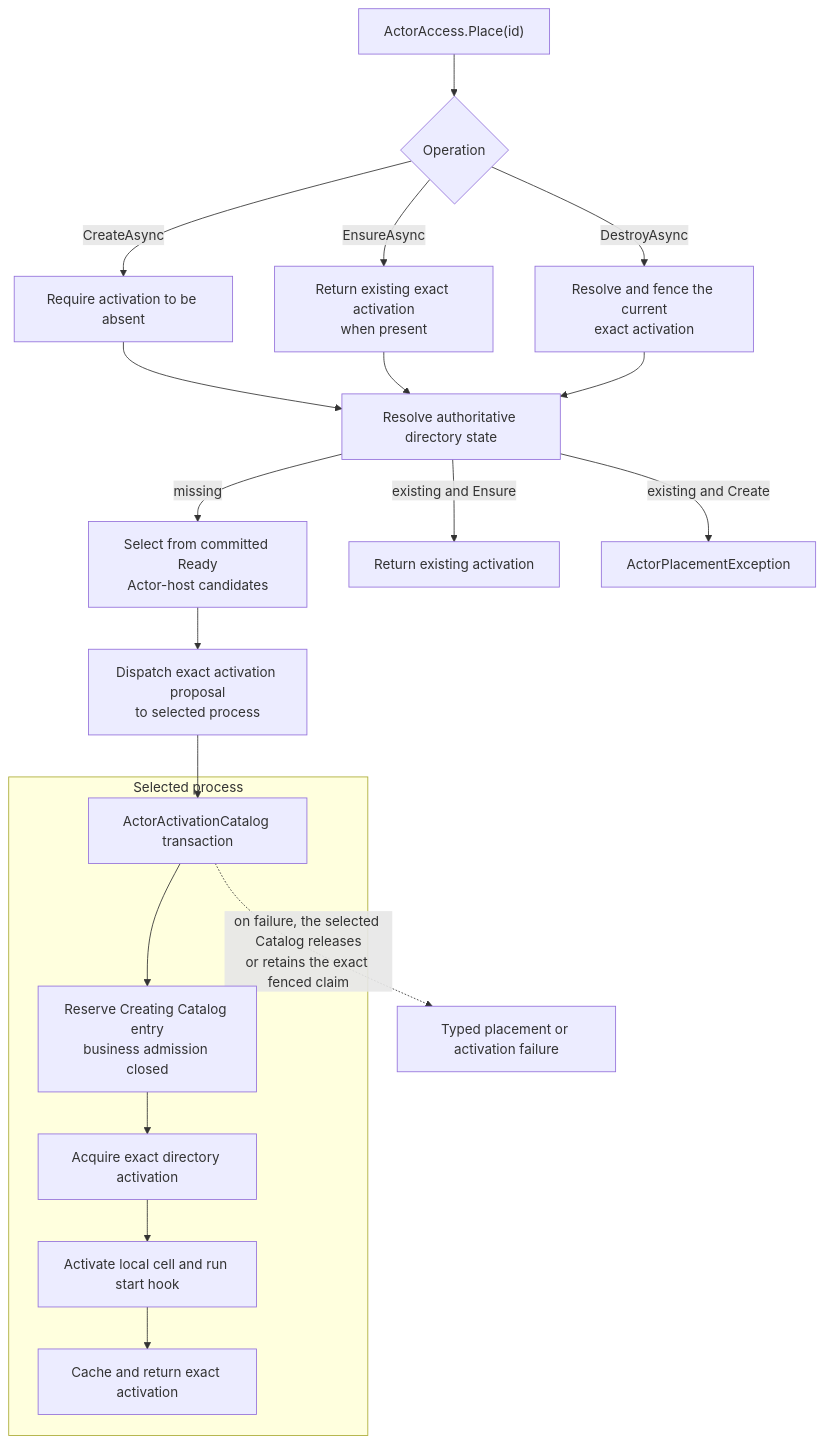
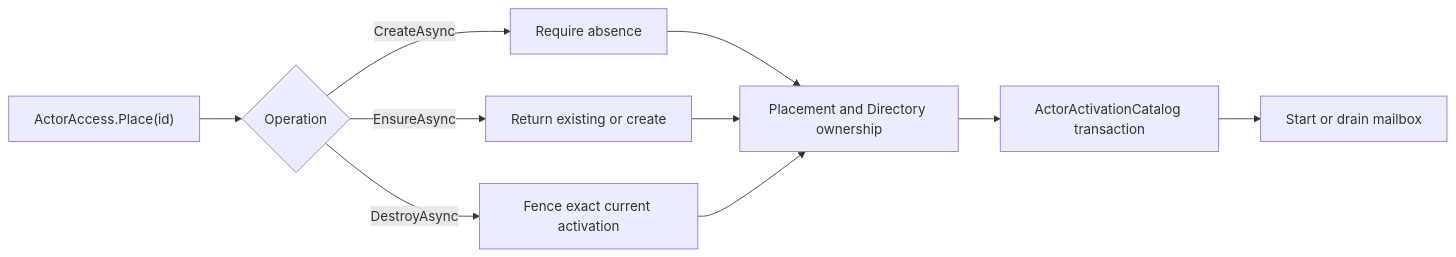
One commit to bruce48x/Lakona changed the second of 2 diagrams in docs/actor.md. Above: the diagram before and after it, drawn with Mermaid. The commit also changed other lines of this file and 6 other files, not shown here.

````diff
--- a/docs/actor.md
+++ b/docs/actor.md
@@ -464,24 +268,12 @@
 ```mermaid
-flowchart TD
+flowchart LR
     B["ActorAccess.Place(id)"] --> O{"Operation"}
-    O -->|"CreateAsync"| C["Require activation to be absent"]
-    O -->|"EnsureAsync"| E["Return existing exact activation<br/>when present"]
-    O -->|"DestroyAsync"| X["Resolve and fence the current<br/>exact activation"]
-    C --> R["Resolve authoritative directory state"]
-    E --> R
-    X --> R
-    R -->|"missing"| H["Select from committed Ready<br/>Actor-host candidates"]
-    R -->|"existing and Ensure"| ER["Return existing activation"]
-    R -->|"existing and Create"| CF["ActorPlacementException"]
-    H --> RP["Dispatch exact activation proposal<br/>to selected process"]
-    RP --> TX["ActorActivationCatalog transaction"]
-
-    subgraph Local["Selected process"]
-        TX --> CE["Reserve Creating Catalog entry<br/>business admission closed"]
-        CE --> DR["Acquire exact directory activation"]
-        DR --> LR["Activate local cell and run start hook"]
-        LR --> OK["Cache and return exact activation"]
-    end
-
-    TX -.->|"on failure, the selected Catalog releases<br/>or retains the exact fenced claim"| F["Typed placement or activation failure"]
+    O -->|"CreateAsync"| C["Require absence"]
+    O -->|"EnsureAsync"| E["Return existing or create"]
+    O -->|"DestroyAsync"| D["Fence exact current activation"]
+    C --> P["Placement and Directory ownership"]
+    E --> P
+    D --> P
+    P --> A["ActorActivationCatalog transaction"]
+    A --> M["Start or drain mailbox"]
 ```
````
